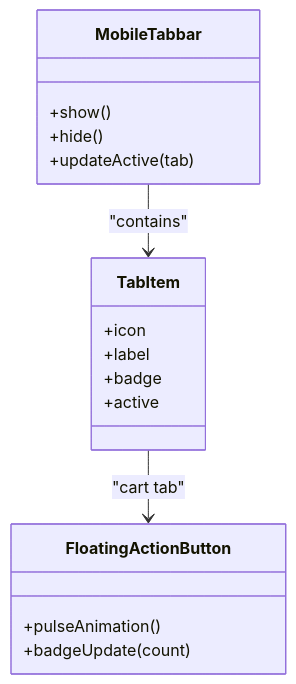
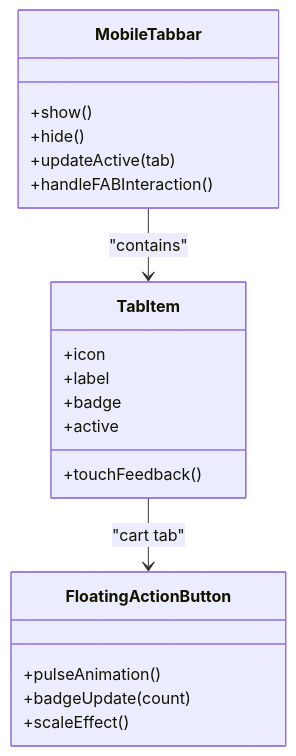
The fifth of 8 diagrams in .qoder/repowiki/en/content/Mobile Responsiveness.md (OryxAvelis/updated_market), drawn with Mermaid before and after one commit. The commit also changed other lines of this file and 4 other files, not shown here.

````diff
--- a/.qoder/repowiki/en/content/Mobile Responsiveness.md
+++ b/.qoder/repowiki/en/content/Mobile Responsiveness.md
@@ -162,20 +243,23 @@
 ```mermaid
 classDiagram
 class MobileTabbar {
 +show()
 +hide()
 +updateActive(tab)
++handleFABInteraction()
 }
 class TabItem {
 +icon
 +label
 +badge
 +active
++touchFeedback()
 }
 class FloatingActionButton {
 +pulseAnimation()
 +badgeUpdate(count)
++scaleEffect()
 }
 MobileTabbar --> TabItem : "contains"
 TabItem --> FloatingActionButton : "cart tab"
 ```
````
